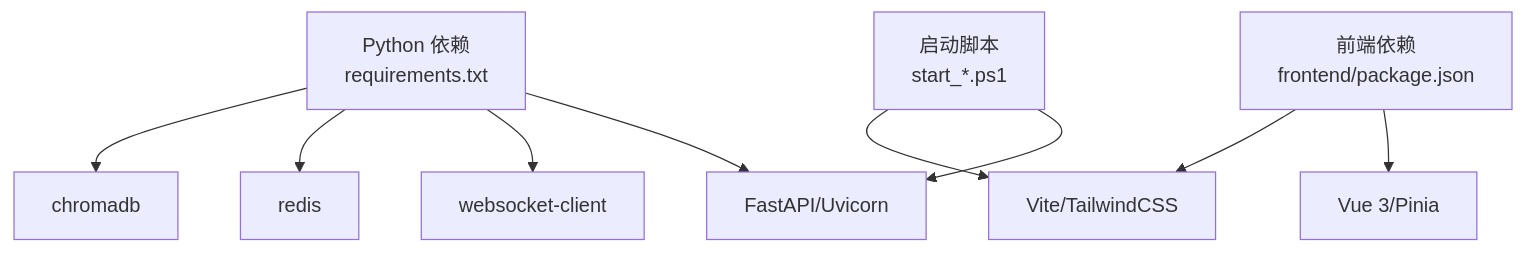
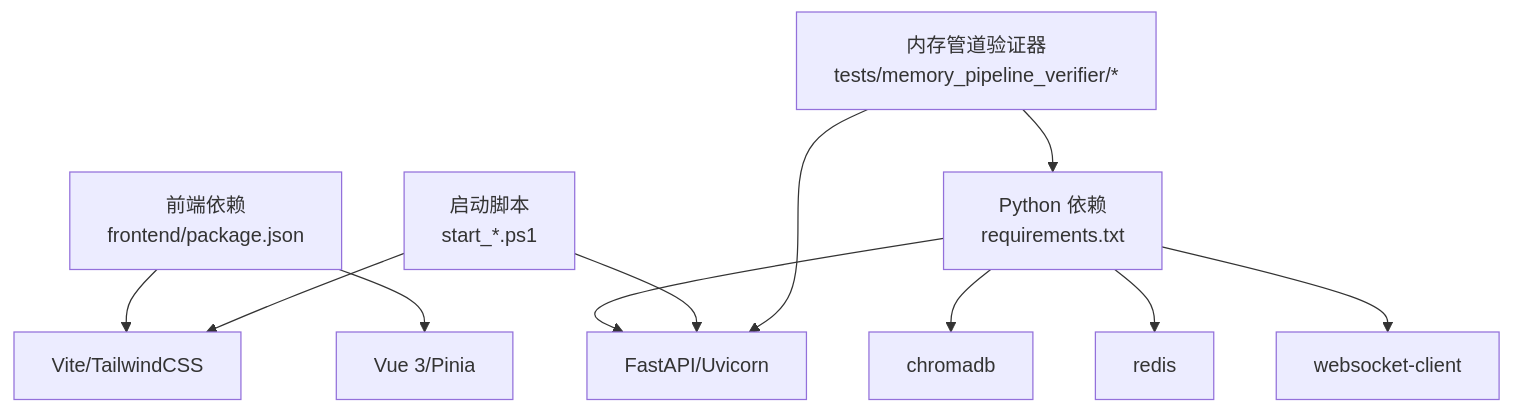
The sixth of 6 diagrams in .qoder/repowiki/zh/content/开发指南/调试与故障排除/调试与故障排除.md (Moon-Force/DouYin_llm), drawn with Mermaid before and after one commit. The commit also changed other lines of this file and 17 other files, not shown here.

````diff
--- a/.qoder/repowiki/zh/content/开发指南/调试与故障排除/调试与故障排除.md
+++ b/.qoder/repowiki/zh/content/开发指南/调试与故障排除/调试与故障排除.md
@@ -252,11 +274,13 @@
 ```mermaid
 graph TB
 Py["Python 依赖<br/>requirements.txt"] --> FA["FastAPI/Uvicorn"]
 Py --> WS["websocket-client"]
 Py --> RD["redis"]
 Py --> CH["chromadb"]
 FE["前端依赖<br/>frontend/package.json"] --> VUE["Vue 3/Pinia"]
 FE --> VITE["Vite/TailwindCSS"]
 BAT["启动脚本<br/>start_*.ps1"] --> FA
 BAT --> VITE
+VM["内存管道验证器<br/>tests/memory_pipeline_verifier/*"] --> Py
+VM --> FA
 ```
````
